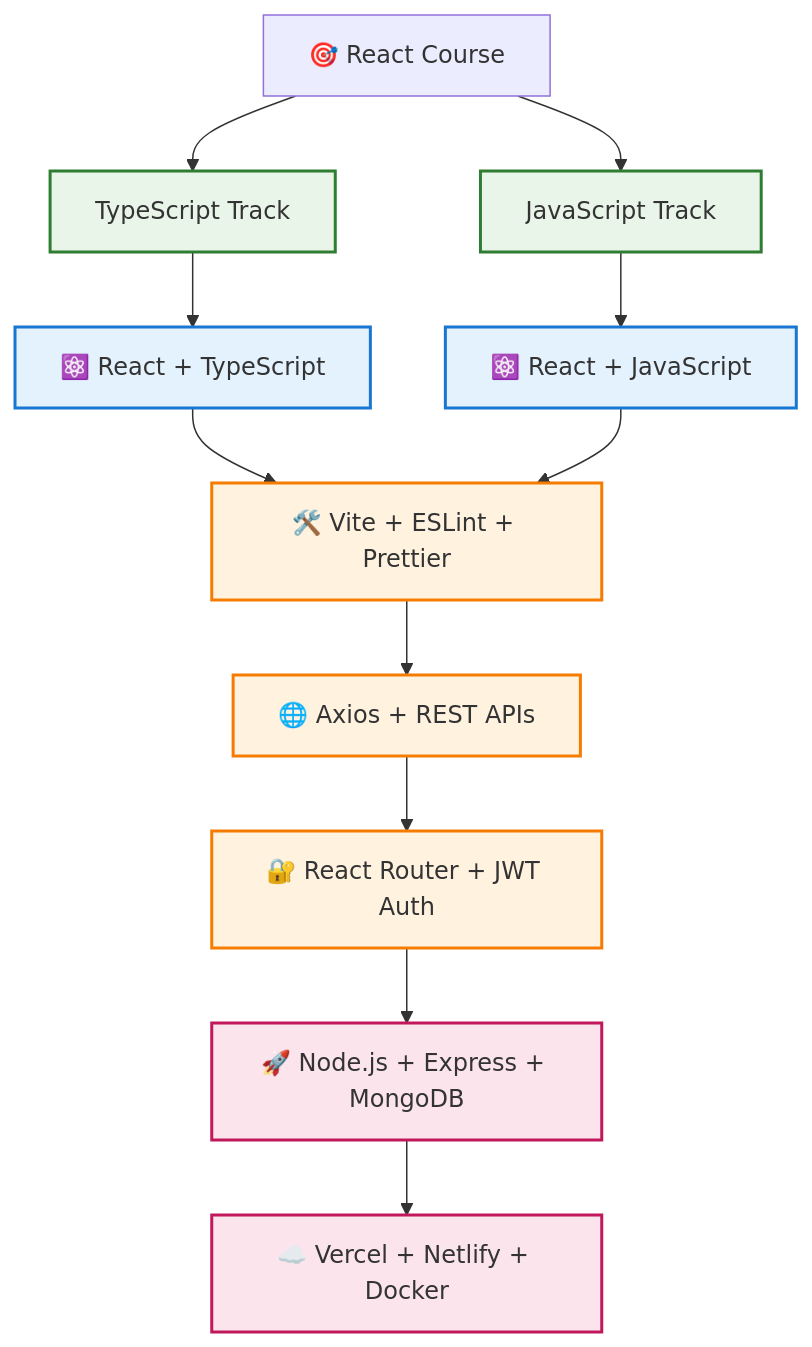
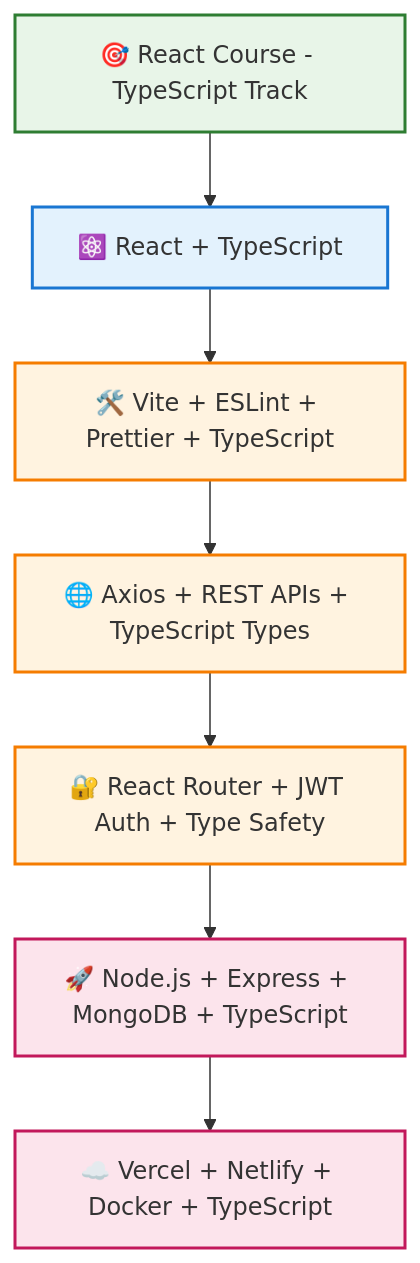
Before and after one commit to longndt/react-course: the third of 6 diagrams in diagrams/course_structure_diagram.md, drawn with Mermaid. The commit also changed other lines of this file and 32 other files, not shown here.

````diff
--- a/diagrams/course_structure_diagram.md
+++ b/diagrams/course_structure_diagram.md
@@ -93,27 +89,22 @@
 ```mermaid
 graph TB
-    A[🎯 React Course] --> B[TypeScript Track]
-    A --> C[JavaScript Track]
+    A[🎯 React Course - TypeScript Track] --> B[⚛️ React + TypeScript]
 
-    B --> D[⚛️ React + TypeScript]
-    C --> E[⚛️ React + JavaScript]
+    B --> C[🛠️ Vite + ESLint + Prettier + TypeScript]
 
-    D --> F[🛠️ Vite + ESLint + Prettier]
-    E --> F
-
-    F --> G[🌐 Axios + REST APIs]
-    G --> H[🔐 React Router + JWT Auth]
-    H --> I[🚀 Node.js + Express + MongoDB]
-    I --> J[☁️ Vercel + Netlify + Docker]
+    C --> D[🌐 Axios + REST APIs + TypeScript Types]
+    D --> E[🔐 React Router + JWT Auth + Type Safety]
+    E --> F[🚀 Node.js + Express + MongoDB + TypeScript]
+    F --> G[☁️ Vercel + Netlify + Docker + TypeScript]
 
     %% Styling
     classDef track fill:#e8f5e8,stroke:#2e7d32,stroke-width:2px
     classDef tech fill:#e3f2fd,stroke:#1976d2,stroke-width:2px
     classDef tools fill:#fff3e0,stroke:#f57c00,stroke-width:2px
     classDef deploy fill:#fce4ec,stroke:#c2185b,stroke-width:2px
 
-    class B,C track
-    class D,E tech
-    class F,G,H tools
-    class I,J deploy
+    class A track
+    class B tech
+    class C,D,E tools
+    class F,G deploy
 ```
````
